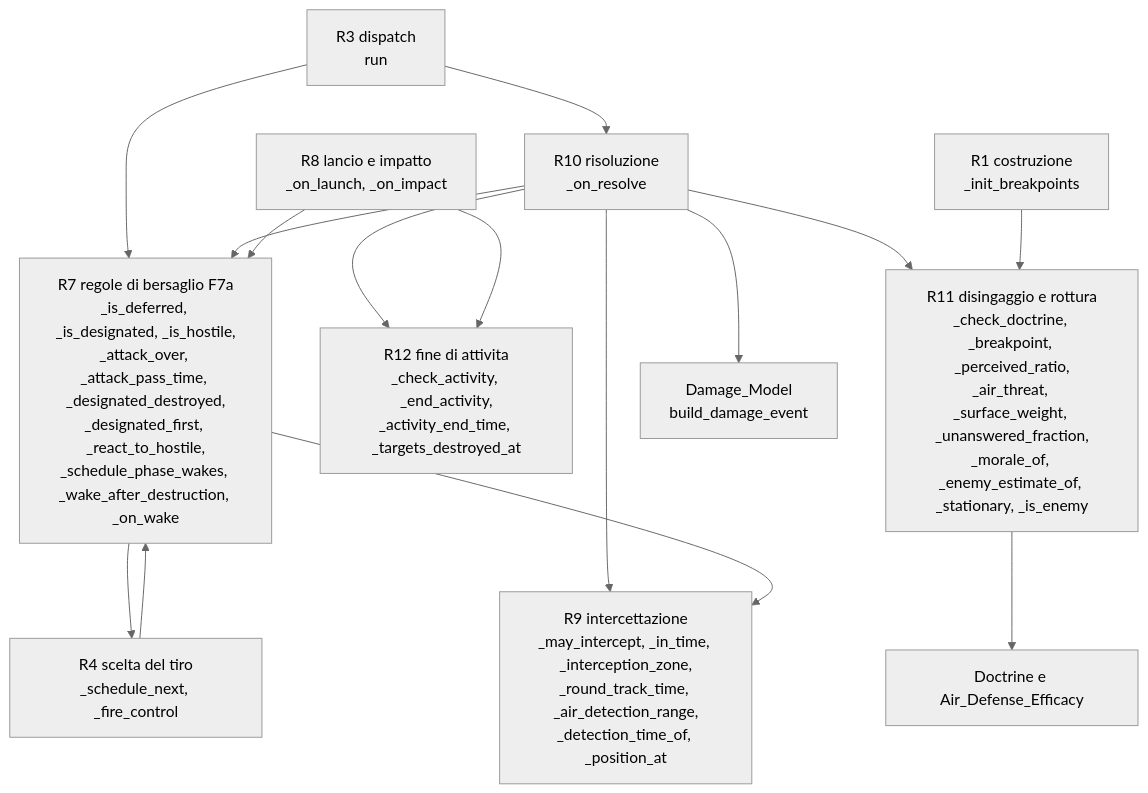
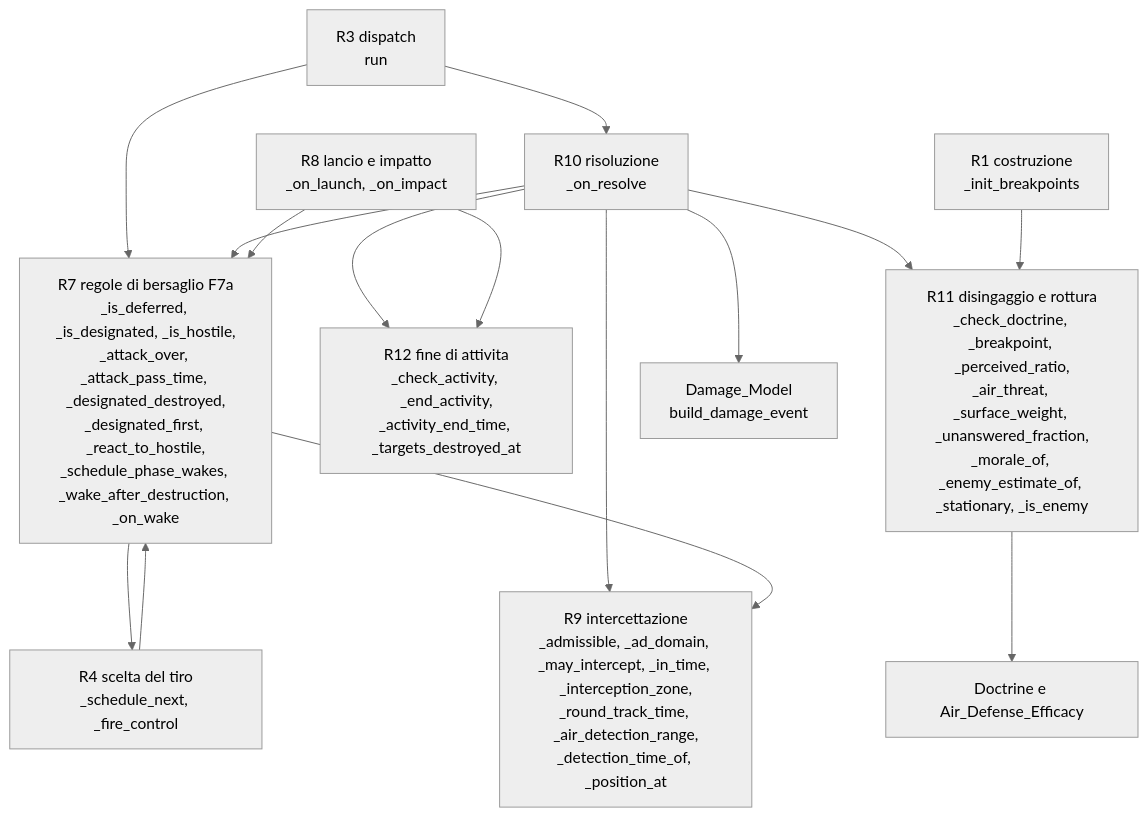
One commit to MakusIV/Warfare-Model changed diagram 14 of 21 in Analysis/Document/Manuale_Motore_DES/11a_Atlante_Risolutore.md. Above: the diagram before and after it, drawn with Mermaid (neutral theme). The commit also changed other lines of this file and 6 other files, not shown here.

````diff
--- a/Analysis/Document/Manuale_Motore_DES/11a_Atlante_Risolutore.md
+++ b/Analysis/Document/Manuale_Motore_DES/11a_Atlante_Risolutore.md
@@ -864,29 +868,29 @@
 ```mermaid
 flowchart TD
     R3["R3 dispatch<br/>run"]
     R10["R10 risoluzione<br/>_on_resolve"]
-    R9["R9 intercettazione<br/>_may_intercept, _in_time, _interception_zone,<br/>_round_track_time, _air_detection_range,<br/>_detection_time_of, _position_at"]
+    R9["R9 intercettazione<br/>_admissible, _ad_domain, _may_intercept, _in_time, _interception_zone,<br/>_round_track_time, _air_detection_range,<br/>_detection_time_of, _position_at"]
     R11["R11 disingaggio e rottura<br/>_check_doctrine, _breakpoint, _perceived_ratio,<br/>_air_threat, _surface_weight, _unanswered_fraction,<br/>_morale_of, _enemy_estimate_of, _stationary, _is_enemy"]
     R12["R12 fine di attivita<br/>_check_activity, _end_activity,<br/>_activity_end_time, _targets_destroyed_at"]
     R7["R7 regole di bersaglio F7a<br/>_is_deferred, _is_designated, _is_hostile,<br/>_attack_over, _attack_pass_time, _designated_destroyed,<br/>_designated_first, _react_to_hostile,<br/>_schedule_phase_wakes, _wake_after_destruction, _on_wake"]
     R8["R8 lancio e impatto<br/>_on_launch, _on_impact"]
     R4["R4 scelta del tiro<br/>_schedule_next, _fire_control"]
     R1["R1 costruzione<br/>_init_breakpoints"]
     DM["Damage_Model<br/>build_damage_event"]
     DOC["Doctrine e Air_Defense_Efficacy"]
 
     R3 --> R10
     R3 --> R7
     R10 --> R9
     R10 --> R11
     R10 --> R12
     R10 --> R7
     R10 --> DM
     R11 --> DOC
     R8 --> R12
     R8 --> R7
     R4 --> R7
     R7 --> R4
     R7 --> R9
     R1 --> R11
 ```
````
